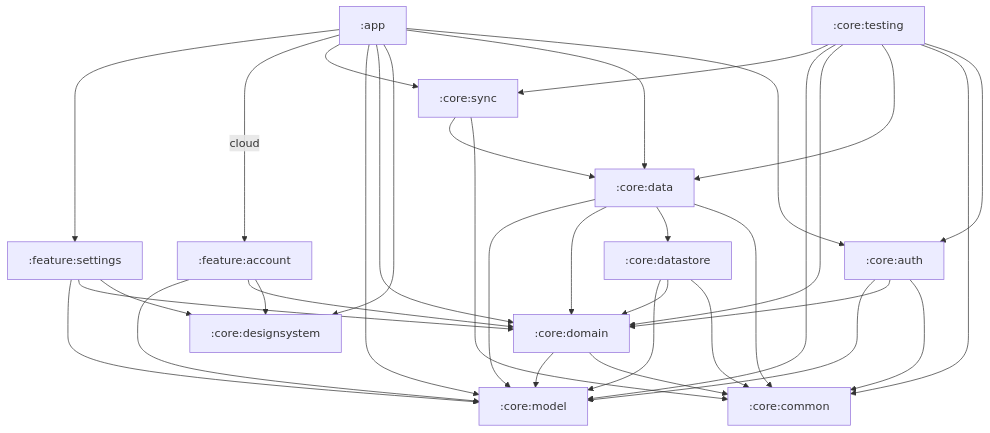
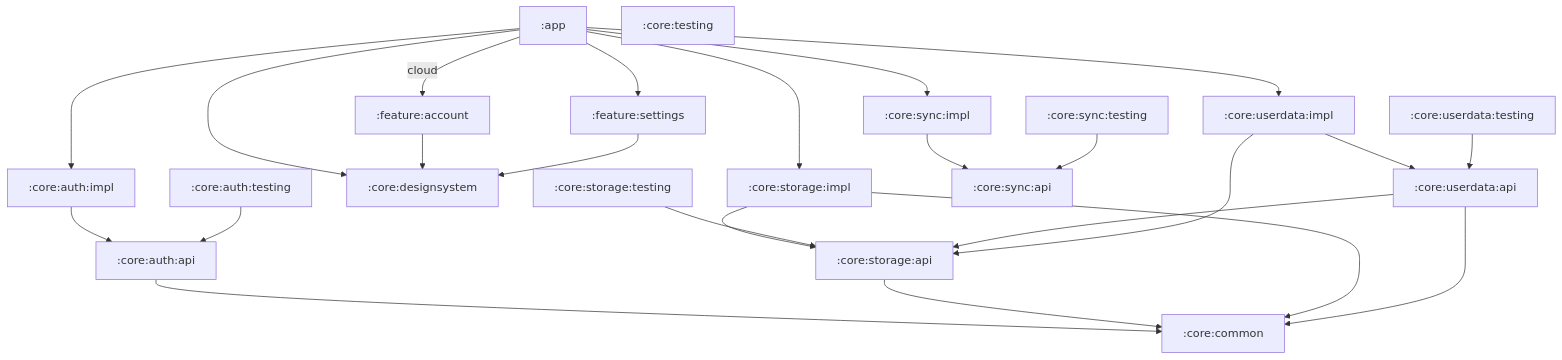
Before and after one commit to toomanyeduardos/rolabox: the diagram in README.md, drawn with Mermaid. The commit also changed other lines of this file and 93 other files, not shown here.

````diff
--- a/README.md
+++ b/README.md
@@ -125,49 +136,44 @@
 ```mermaid
 graph TD
     app[":app"]
-    core_auth[":core:auth"]
+    core_auth_api[":core:auth:api"]
+    core_auth_impl[":core:auth:impl"]
+    core_auth_testing[":core:auth:testing"]
     core_common[":core:common"]
-    core_data[":core:data"]
-    core_datastore[":core:datastore"]
     core_designsystem[":core:designsystem"]
-    core_domain[":core:domain"]
-    core_model[":core:model"]
-    core_sync[":core:sync"]
+    core_storage_api[":core:storage:api"]
+    core_storage_impl[":core:storage:impl"]
+    core_storage_testing[":core:storage:testing"]
+    core_sync_api[":core:sync:api"]
+    core_sync_impl[":core:sync:impl"]
+    core_sync_testing[":core:sync:testing"]
     core_testing[":core:testing"]
+    core_userdata_api[":core:userdata:api"]
+    core_userdata_impl[":core:userdata:impl"]
+    core_userdata_testing[":core:userdata:testing"]
     feature_account[":feature:account"]
     feature_settings[":feature:settings"]
-    app --> core_auth
-    app --> core_data
+    app --> core_auth_impl
     app --> core_designsystem
-    app --> core_domain
-    app --> core_model
-    app --> core_sync
+    app --> core_storage_impl
+    app --> core_sync_impl
+    app --> core_userdata_impl
     app -->|cloud| feature_account
     app --> feature_settings
-    core_auth --> core_common
-    core_auth --> core_domain
-    core_auth --> core_model
-    core_data --> core_common
-    core_data --> core_datastore
-    core_data --> core_domain
-    core_data --> core_model
-    core_datastore --> core_common
-    core_datastore --> core_domain
-    core_datastore --> core_model
-    core_domain --> core_common
-    core_domain --> core_model
-    core_sync --> core_common
-    core_sync --> core_data
-    core_testing --> core_auth
-    core_testing --> core_common
-    core_testing --> core_data
-    core_testing --> core_domain
-    core_testing --> core_model
-    core_testing --> core_sync
+    core_auth_api --> core_common
+    core_auth_impl --> core_auth_api
+    core_auth_testing --> core_auth_api
+    core_storage_api --> core_common
+    core_storage_impl --> core_common
+    core_storage_impl --> core_storage_api
+    core_storage_testing --> core_storage_api
+    core_sync_impl --> core_sync_api
+    core_sync_testing --> core_sync_api
+    core_userdata_api --> core_common
+    core_userdata_api --> core_storage_api
+    core_userdata_impl --> core_storage_api
+    core_userdata_impl --> core_userdata_api
+    core_userdata_testing --> core_userdata_api
     feature_account --> core_designsystem
-    feature_account --> core_domain
-    feature_account --> core_model
     feature_settings --> core_designsystem
-    feature_settings --> core_domain
-    feature_settings --> core_model
 ```
````
